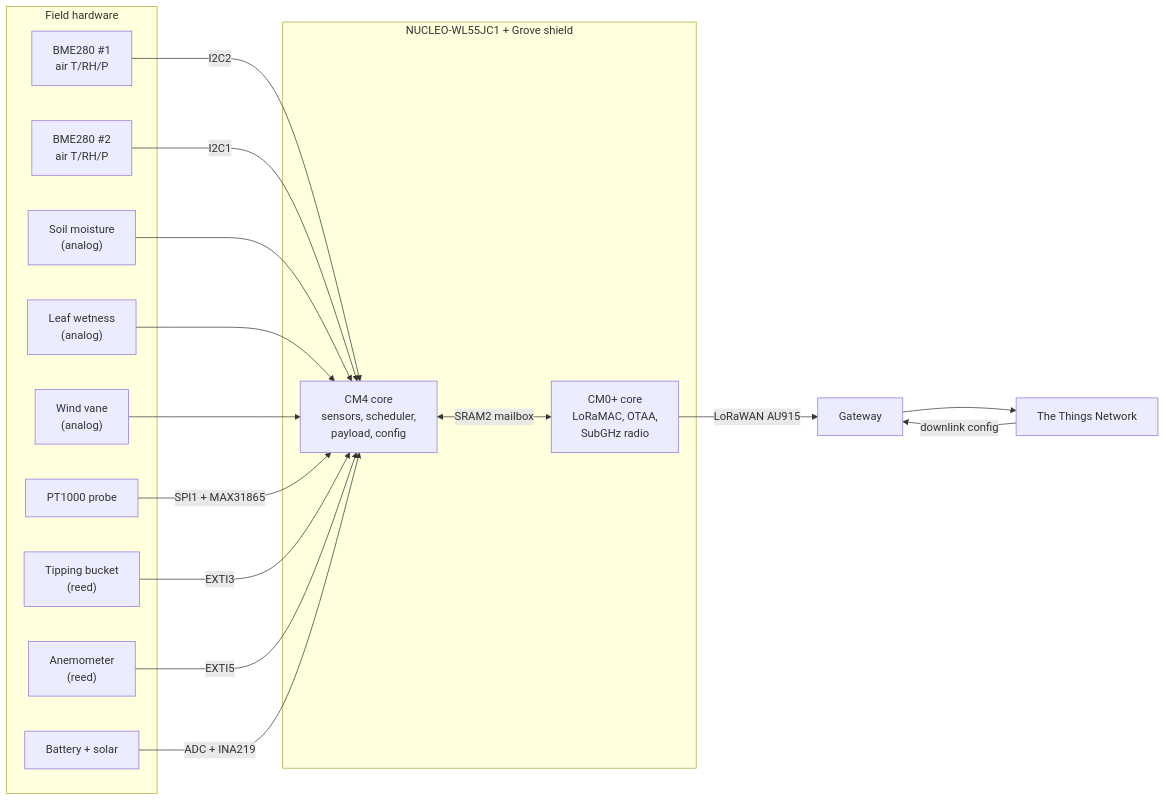
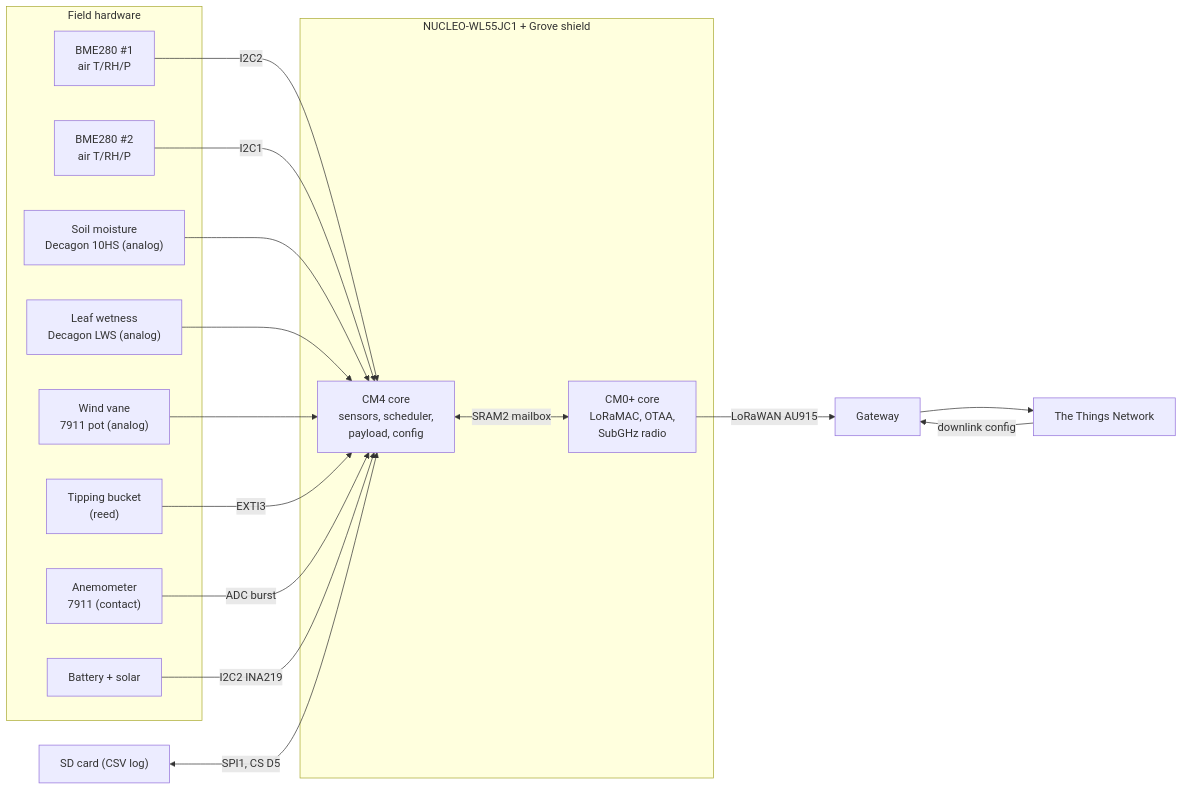
The first of 2 diagrams in docs/LOGBOOK.md (mabiran/environode-wl55), drawn with Mermaid before and after one commit. The commit also changed other lines of this file and 12 other files, not shown here.

First line of the commit message:
SD bring-up (CS on D5) + Decagon 10HS soil moisture on A1 (LOGBOOK r18+r19)

````diff
--- a/docs/LOGBOOK.md
+++ b/docs/LOGBOOK.md
@@ -124,34 +124,33 @@
 ```mermaid
 graph LR
   subgraph Field["Field hardware"]
     BME1["BME280 #1<br/>air T/RH/P"]
     BME2["BME280 #2<br/>air T/RH/P"]
-    SOIL["Soil moisture<br/>(analog)"]
-    LEAF["Leaf wetness<br/>(analog)"]
-    VANE["Wind vane<br/>(analog)"]
-    RTD["PT1000 probe"]
+    SOIL["Soil moisture<br/>Decagon 10HS (analog)"]
+    LEAF["Leaf wetness<br/>Decagon LWS (analog)"]
+    VANE["Wind vane<br/>7911 pot (analog)"]
     RAIN["Tipping bucket<br/>(reed)"]
-    ANEM["Anemometer<br/>(reed)"]
+    ANEM["Anemometer<br/>7911 (contact)"]
     BATT["Battery + solar"]
   end
 
   subgraph Node["NUCLEO-WL55JC1 + Grove shield"]
     CM4["CM4 core<br/>sensors, scheduler,<br/>payload, config"]
     CM0["CM0+ core<br/>LoRaMAC, OTAA,<br/>SubGHz radio"]
     CM4 <-->|"SRAM2 mailbox"| CM0
   end
 
   BME1 -->|I2C2| CM4
   BME2 -->|I2C1| CM4
   SOIL --> CM4
   LEAF --> CM4
   VANE --> CM4
-  RTD -->|SPI1 + MAX31865| CM4
+  SD["SD card (CSV log)"] <-->|"SPI1, CS D5"| CM4
   RAIN -->|EXTI3| CM4
-  ANEM -->|EXTI5| CM4
-  BATT -->|ADC + INA219| CM4
+  ANEM -->|"ADC burst"| CM4
+  BATT -->|I2C2 INA219| CM4
 
   CM0 -->|"LoRaWAN AU915"| GW["Gateway"]
   GW --> TTN["The Things Network"]
   TTN -->|"downlink config"| GW
 ```
````
